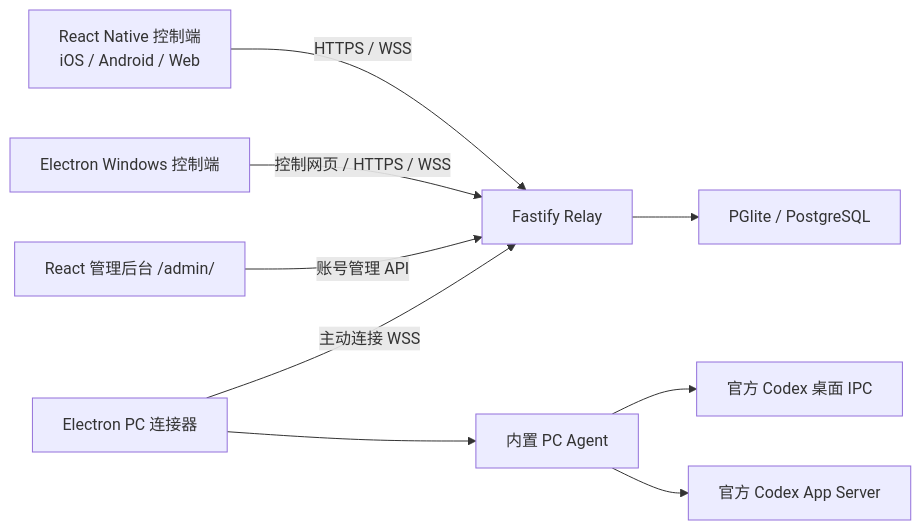
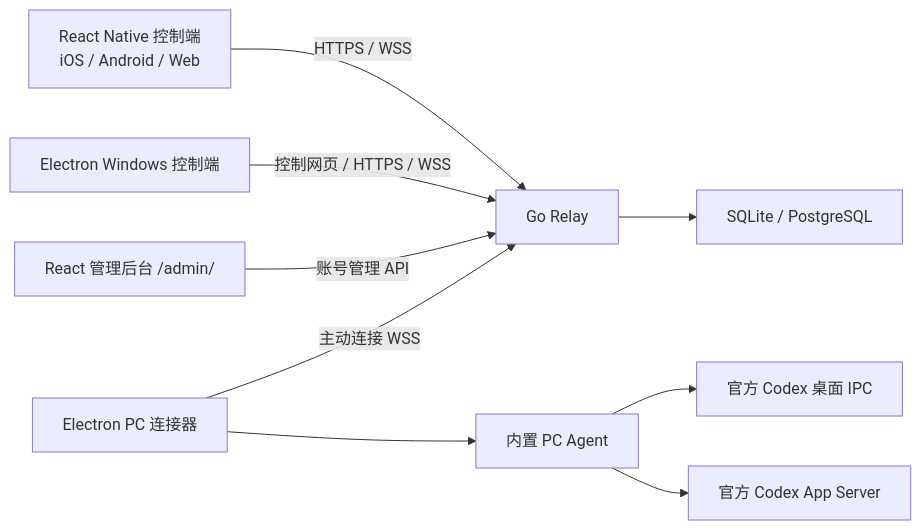
Before and after one commit to bunnya33/codexer: the diagram in docs/architecture.md, drawn with Mermaid. The commit also changed other lines of this file and 169 other files, not shown here.

````diff
--- a/docs/architecture.md
+++ b/docs/architecture.md
@@ -5,11 +5,11 @@
 ```mermaid
 flowchart LR
-  C[React Native 控制端\niOS / Android / Web] -->|HTTPS / WSS| R[Fastify Relay]
+  C[React Native 控制端\niOS / Android / Web] -->|HTTPS / WSS| R[Go Relay]
   W[Electron Windows 控制端] -->|控制网页 / HTTPS / WSS| R
   A[React 管理后台 /admin/] -->|账号管理 API| R
   P[Electron PC 连接器] -->|主动连接 WSS| R
   P --> G[内置 PC Agent]
   G --> D[官方 Codex 桌面 IPC]
   G --> H[官方 Codex App Server]
-  R --> DB[PGlite / PostgreSQL]
+  R --> DB[SQLite / PostgreSQL]
 ```
````
